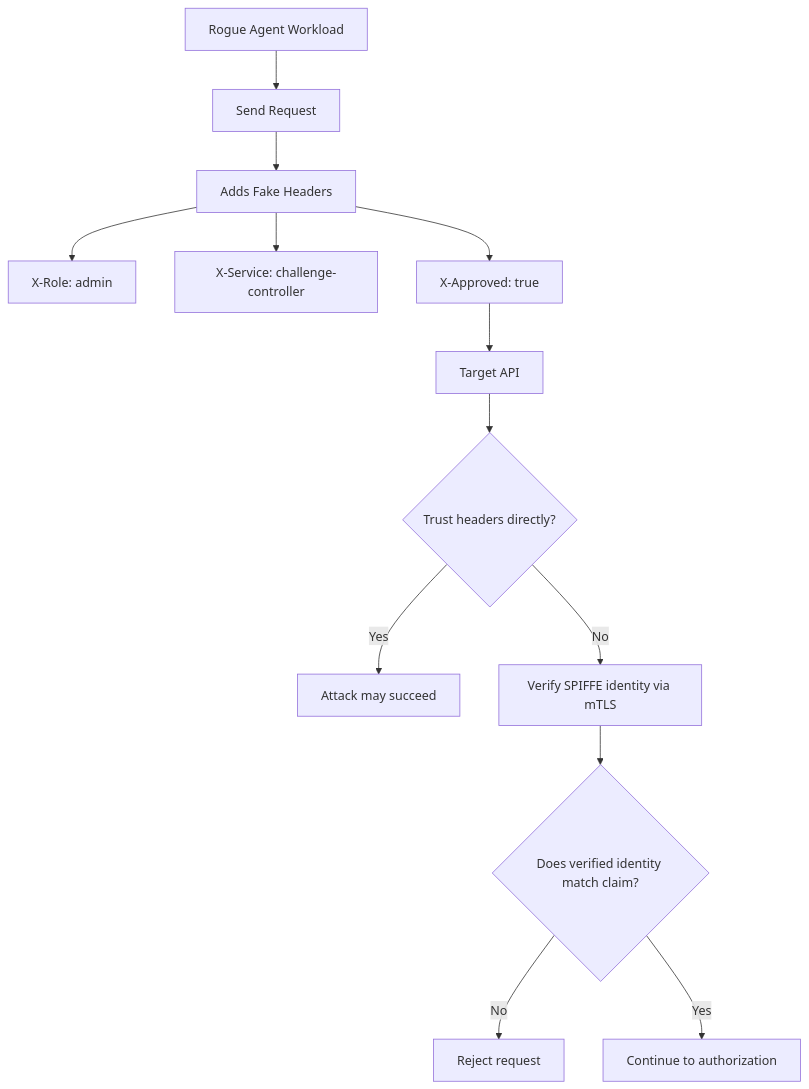
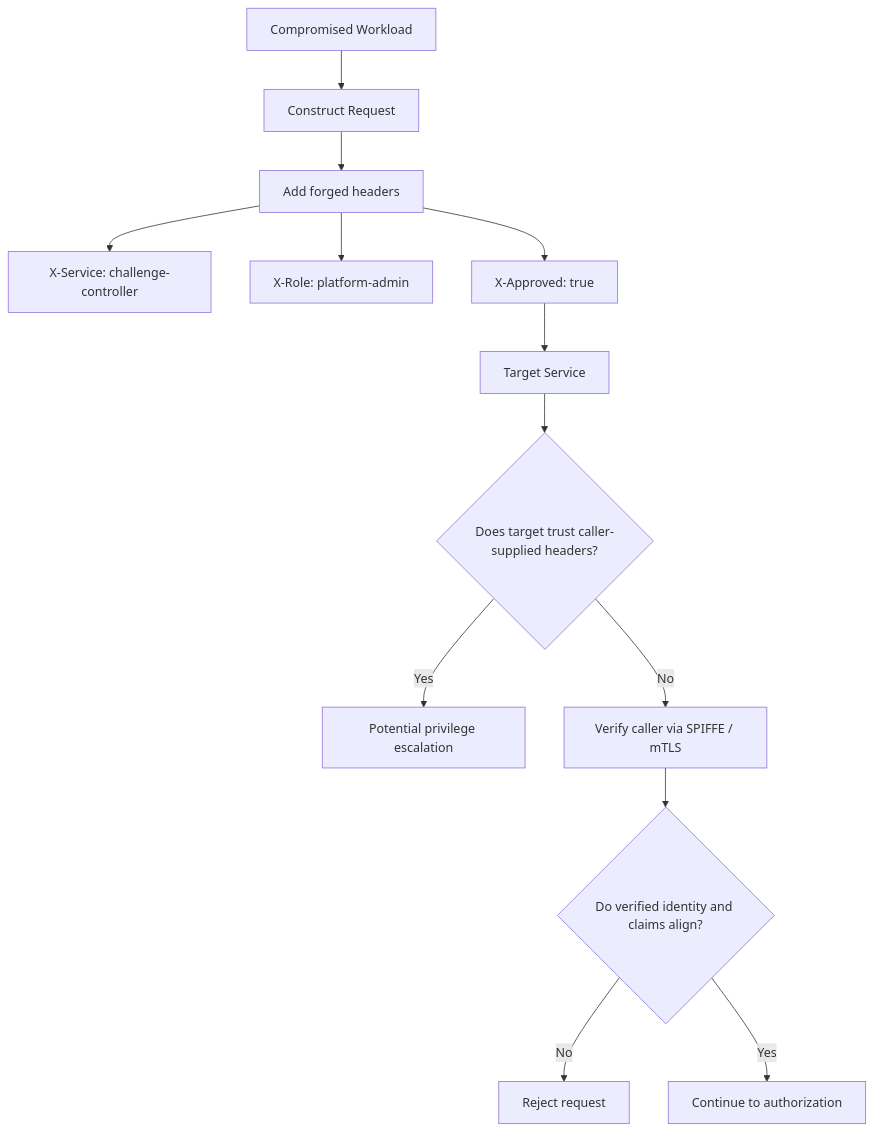
The second of 8 diagrams in modeling/spire/redteam__.md (babywyrm/sysadmin), drawn with Mermaid before and after one commit. The commit also changed other lines of this file, not shown here.

````diff
--- a/modeling/spire/redteam__.md
+++ b/modeling/spire/redteam__.md
@@ -90,16 +177,16 @@
 ```mermaid
 flowchart TD
-    A[Rogue Agent Workload] --> B[Send Request]
-    B --> C[Adds Fake Headers]
-    C --> D[X-Role: admin]
-    C --> E[X-Service: challenge-controller]
+    A[Compromised Workload] --> B[Construct Request]
+    B --> C[Add forged headers]
+    C --> D[X-Service: challenge-controller]
+    C --> E[X-Role: platform-admin]
     C --> F[X-Approved: true]
-    F --> G[Target API]
+    F --> G[Target Service]
 
-    G --> H{Trust headers directly?}
-    H -- Yes --> I[Attack may succeed]
-    H -- No --> J[Verify SPIFFE identity via mTLS]
-    J --> K{Does verified identity match claim?}
+    G --> H{Does target trust caller-supplied headers?}
+    H -- Yes --> I[Potential privilege escalation]
+    H -- No --> J[Verify caller via SPIFFE / mTLS]
+    J --> K{Do verified identity and claims align?}
     K -- No --> L[Reject request]
     K -- Yes --> M[Continue to authorization]
 ```
````
